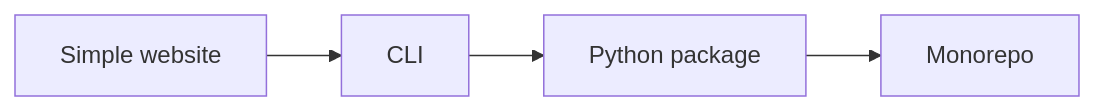
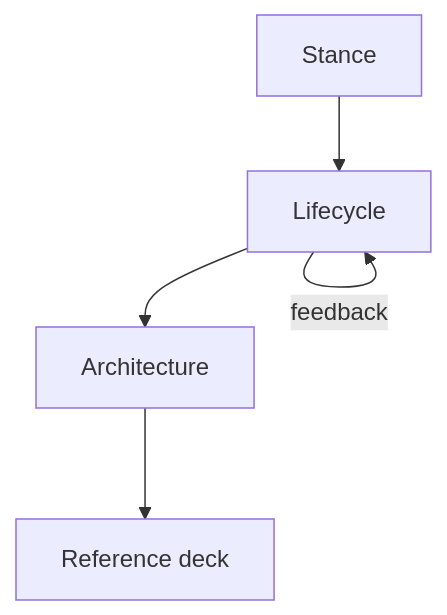
One commit to DecisionNerd/dev-skills changed the diagram in handbook/index.md. Above: the diagram before and after it, drawn with Mermaid. The commit also changed other lines of this file and 30 other files, not shown here.

````diff
--- a/handbook/index.md
+++ b/handbook/index.md
@@ -45,6 +58,7 @@
 ```mermaid
-flowchart LR
-  W[Simple website] --> L[CLI]
-  L --> P[Python package]
-  P --> M[Monorepo]
+flowchart TD
+  Stance[Stance] --> Life[Lifecycle]
+  Life --> Arch[Architecture]
+  Arch --> Deck[Reference deck]
+  Life -->|feedback| Life
 ```
````
